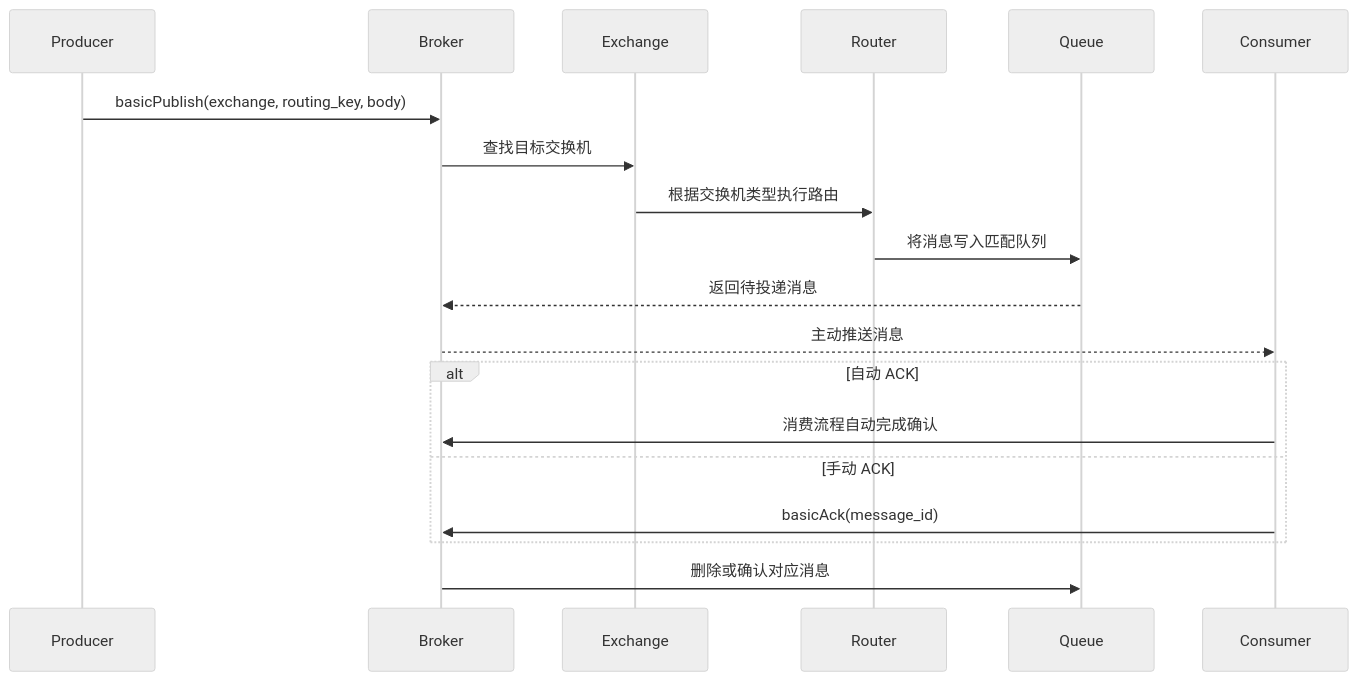
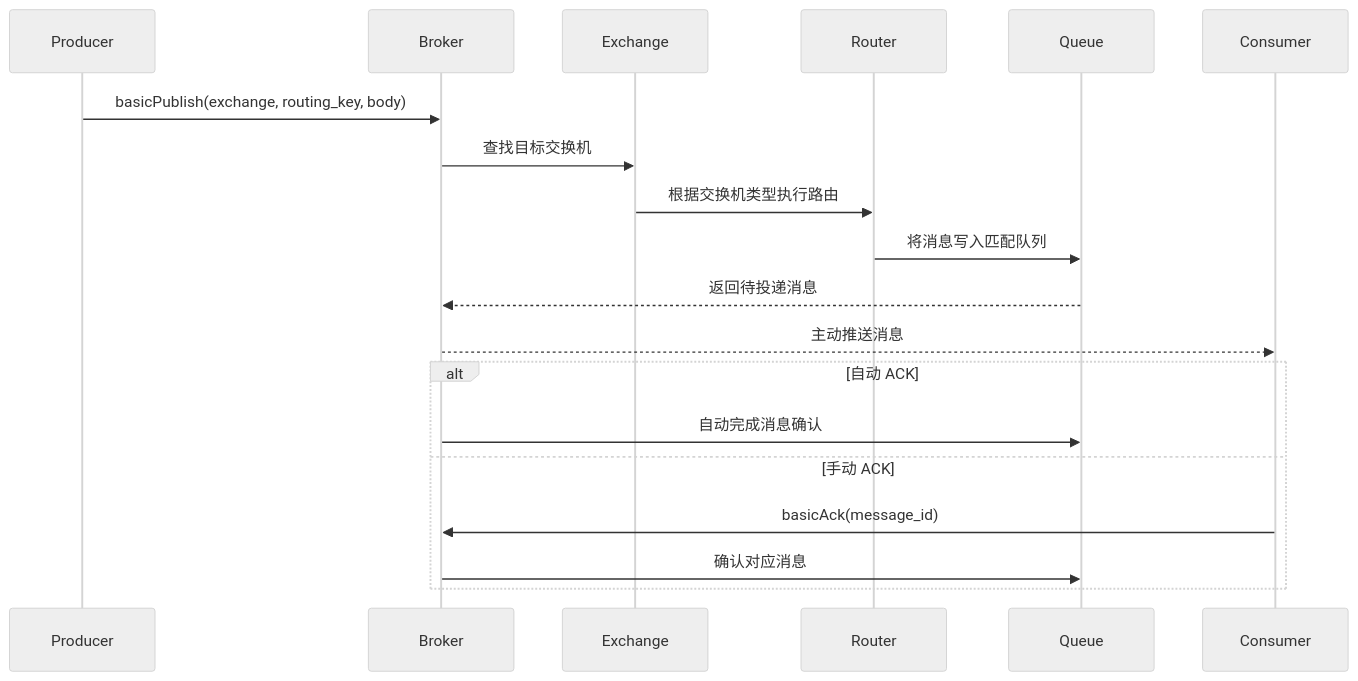
One commit to HaoPing0124/cpp-rabbitmq changed the second of 2 diagrams in README.md. Above: the diagram before and after it, drawn with Mermaid (neutral theme). The commit also changed other lines of this file, not shown here.

````diff
--- a/README.md
+++ b/README.md
@@ -144,24 +157,23 @@
 ```mermaid
 sequenceDiagram
     participant P as Producer
     participant B as Broker
     participant E as Exchange
     participant R as Router
     participant Q as Queue
     participant C as Consumer
 
     P->>B: basicPublish(exchange, routing_key, body)
     B->>E: 查找目标交换机
     E->>R: 根据交换机类型执行路由
     R->>Q: 将消息写入匹配队列
     Q-->>B: 返回待投递消息
     B-->>C: 主动推送消息
 
     alt 自动 ACK
-        C->>B: 消费流程自动完成确认
+        B->>Q: 自动完成消息确认
     else 手动 ACK
         C->>B: basicAck(message_id)
+        B->>Q: 确认对应消息
     end
-
-    B->>Q: 删除或确认对应消息
 ```
````
